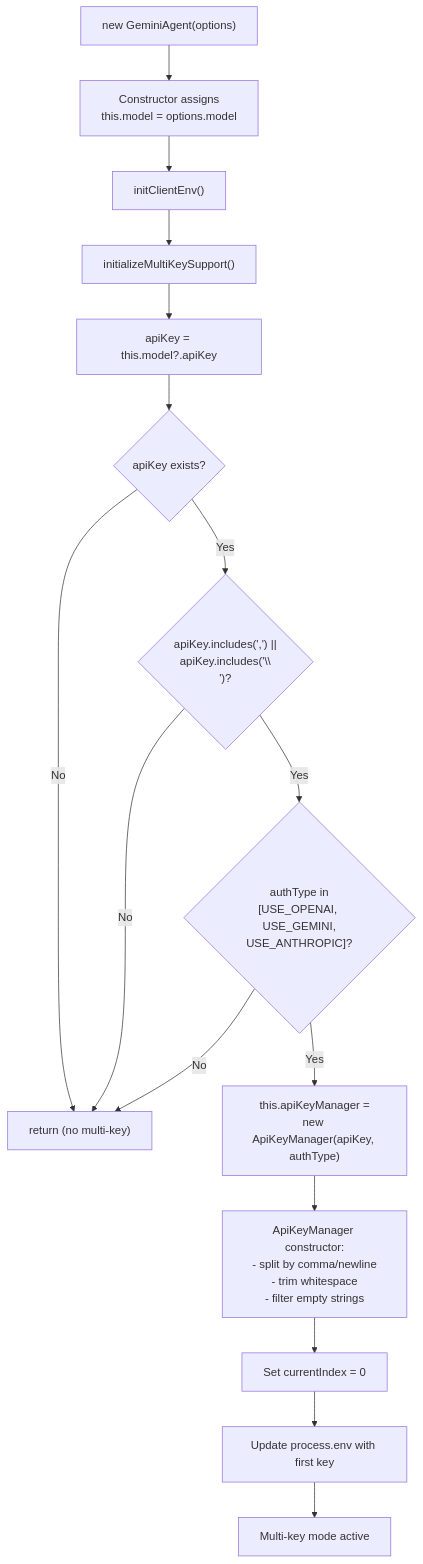
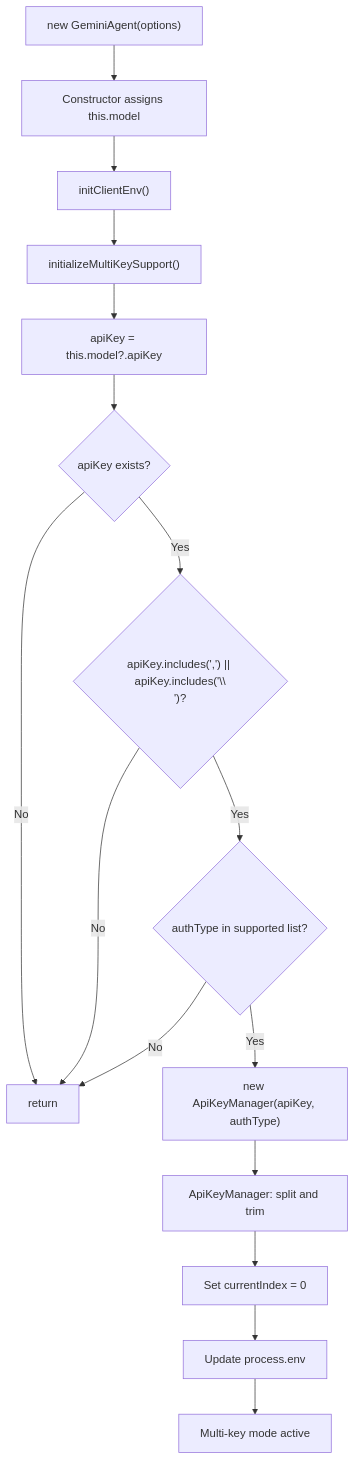
Before and after one commit to blackcater/zentree: the second of 3 diagrams in docs/iOfficeAI_AionUi/advanced-topics/api-key-rotation.md, drawn with Mermaid. The commit also changed other lines of this file and 232 other files, not shown here.

````diff
--- a/docs/iOfficeAI_AionUi/advanced-topics/api-key-rotation.md
+++ b/docs/iOfficeAI_AionUi/advanced-topics/api-key-rotation.md
@@ -123,24 +118,24 @@
 ```mermaid
 flowchart TD
-    Start["new GeminiAgent(options)"] --> Constructor["Constructor assigns<br/>this.model = options.model"]
+    Start["new GeminiAgent(options)"] --> Constructor["Constructor assigns this.model"]
     Constructor --> InitEnv["initClientEnv()"]
     InitEnv --> InitMulti["initializeMultiKeySupport()"]
-
+    
     InitMulti --> GetKey["apiKey = this.model?.apiKey"]
     GetKey --> CheckEmpty{"apiKey exists?"}
-    CheckEmpty -->|No| Return["return (no multi-key)"]
-
-    CheckEmpty -->|Yes| CheckDelimiters{"apiKey.includes(',') ||<br/>apiKey.includes('\\
+    CheckEmpty -->|No| Return["return"]
+    
+    CheckEmpty -->|Yes| CheckDelimiters{"apiKey.includes(',') || apiKey.includes('\\
 ')?"}
-
+    
     CheckDelimiters -->|No| Return
-    CheckDelimiters -->|Yes| CheckAuthType{"authType in<br/>[USE_OPENAI, USE_GEMINI,<br/>USE_ANTHROPIC]?"}
-
+    CheckDelimiters -->|Yes| CheckAuthType{"authType in supported list?"}
+    
     CheckAuthType -->|No| Return
-    CheckAuthType -->|Yes| CreateManager["this.apiKeyManager =<br/>new ApiKeyManager(apiKey, authType)"]
-
-    CreateManager --> ManagerParse["ApiKeyManager constructor:<br/>- split by comma/newline<br/>- trim whitespace<br/>- filter empty strings"]
+    CheckAuthType -->|Yes| CreateManager["new ApiKeyManager(apiKey, authType)"]
+    
+    CreateManager --> ManagerParse["ApiKeyManager: split and trim"]
     ManagerParse --> SetIndex["Set currentIndex = 0"]
-    SetIndex --> UpdateEnv["Update process.env with first key"]
+    SetIndex --> UpdateEnv["Update process.env"]
     UpdateEnv --> Ready["Multi-key mode active"]
 ```
````
